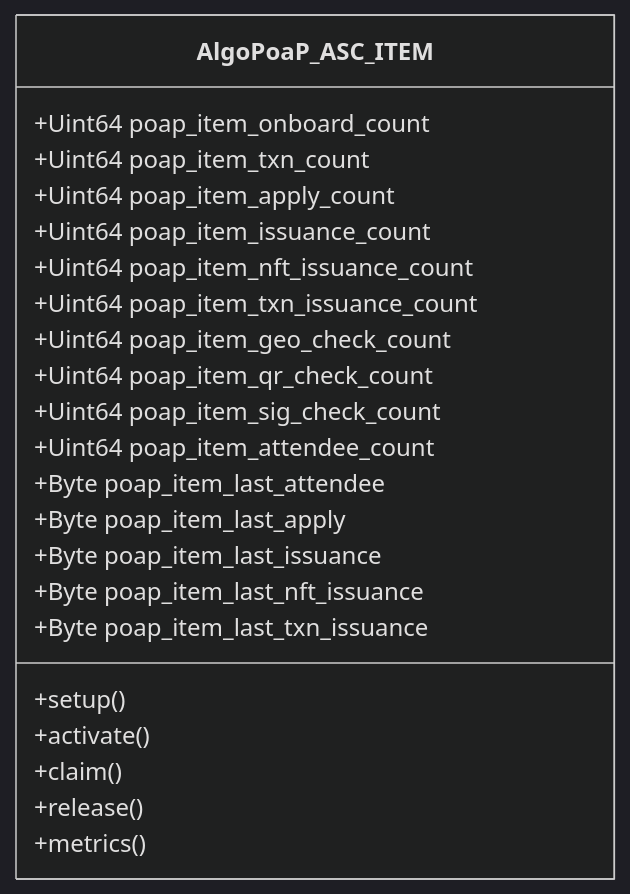
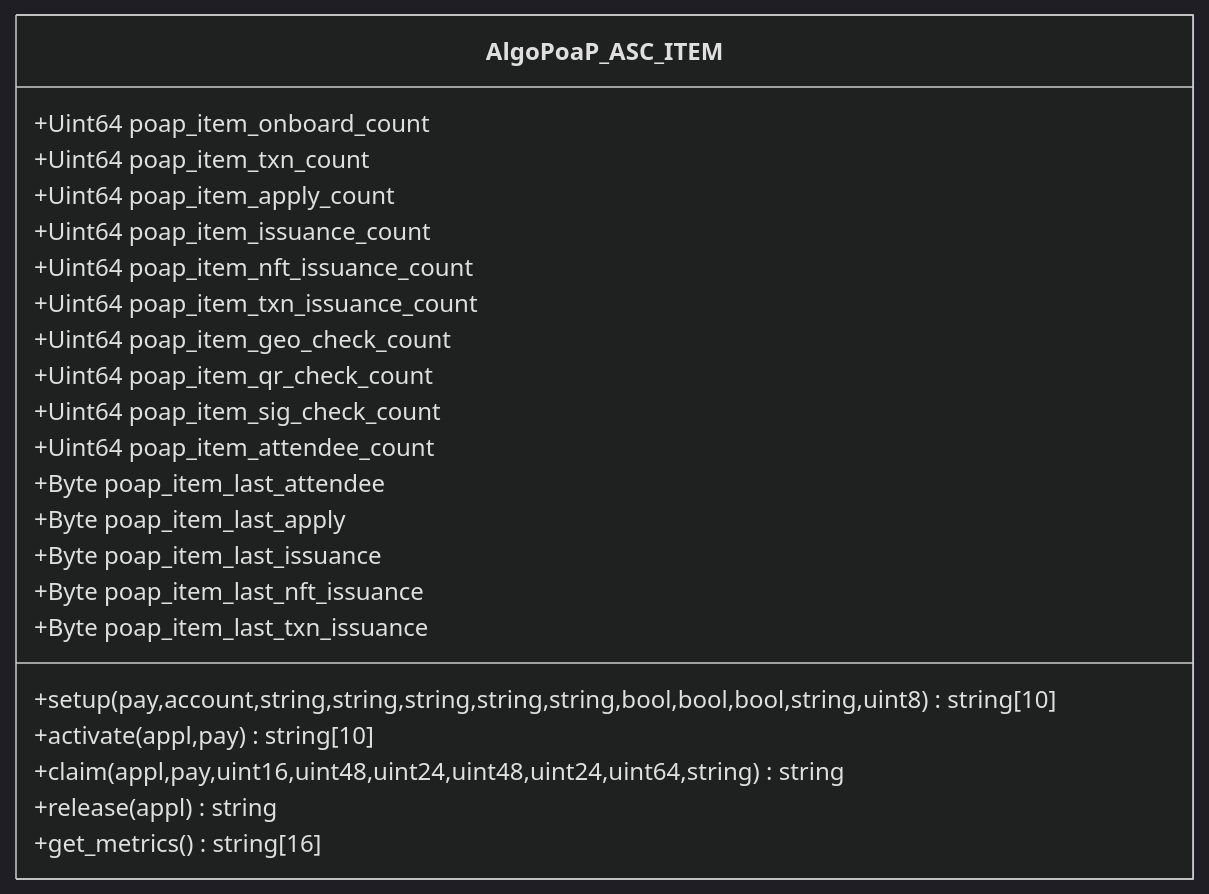
The tenth of 10 diagrams in profile/README.md (GoPlausible/.github), drawn with Mermaid (dark theme) before and after one commit. The commit also changed other lines of this file and 1 other file, not shown here.

````diff
--- a/profile/README.md
+++ b/profile/README.md
@@ -354,28 +356,28 @@
 ```mermaid
   classDiagram
     class AlgoPoaP_ASC_ITEM
     AlgoPoaP_ASC_ITEM : +Uint64 poap_item_onboard_count
     AlgoPoaP_ASC_ITEM : +Uint64 poap_item_txn_count
     AlgoPoaP_ASC_ITEM : +Uint64 poap_item_apply_count
     AlgoPoaP_ASC_ITEM : +Uint64 poap_item_issuance_count
     AlgoPoaP_ASC_ITEM : +Uint64 poap_item_nft_issuance_count
     AlgoPoaP_ASC_ITEM : +Uint64 poap_item_txn_issuance_count
 
     AlgoPoaP_ASC_ITEM : +Uint64 poap_item_geo_check_count
     AlgoPoaP_ASC_ITEM : +Uint64 poap_item_qr_check_count
     AlgoPoaP_ASC_ITEM : +Uint64 poap_item_sig_check_count
 
     AlgoPoaP_ASC_ITEM : +Uint64 poap_item_attendee_count
     AlgoPoaP_ASC_ITEM : +Byte poap_item_last_attendee
     AlgoPoaP_ASC_ITEM : +Byte poap_item_last_apply
     AlgoPoaP_ASC_ITEM : +Byte poap_item_last_issuance
     AlgoPoaP_ASC_ITEM : +Byte poap_item_last_nft_issuance
     AlgoPoaP_ASC_ITEM : +Byte poap_item_last_txn_issuance
-    AlgoPoaP_ASC_ITEM : +setup()
-    AlgoPoaP_ASC_ITEM : +activate()
-    AlgoPoaP_ASC_ITEM : +claim()
-    AlgoPoaP_ASC_ITEM : +release()
-    AlgoPoaP_ASC_ITEM : +metrics()
+    AlgoPoaP_ASC_ITEM : +setup(pay,account,string,string,string,string,string,bool,bool,bool,string,uint8)string[10]
+    AlgoPoaP_ASC_ITEM : +activate(appl,pay)string[10]
+    AlgoPoaP_ASC_ITEM : +claim(appl,pay,uint16,uint48,uint24,uint48,uint24,uint64,string)string
+    AlgoPoaP_ASC_ITEM : +release(appl)string
+    AlgoPoaP_ASC_ITEM : +get_metrics()string[16]
   
     
 ```
````
